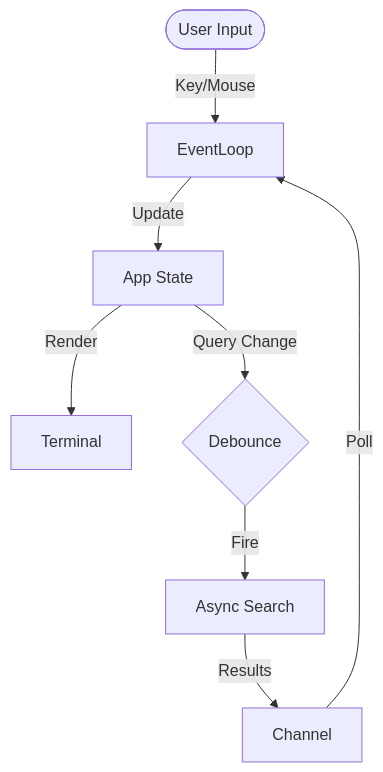
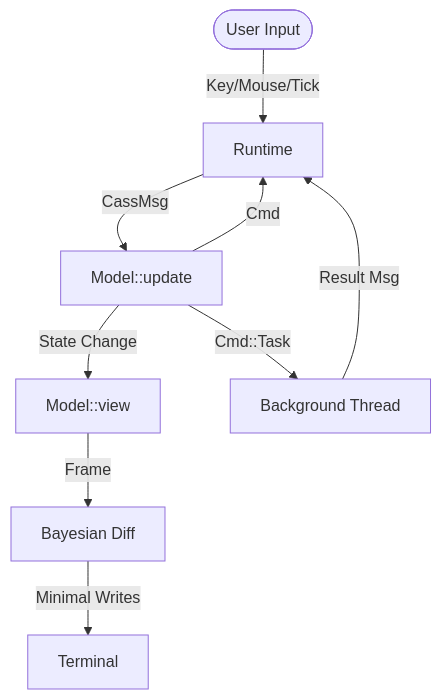
Before and after one commit to joyshmitz/coding_agent_session_search: the third of 3 diagrams in README.md, drawn with Mermaid. The commit also changed other lines of this file and 2 other files, not shown here.

````diff
--- a/README.md
+++ b/README.md
@@ -1826,11 +1833,12 @@
 ```mermaid
 graph TD
- Input([User Input]) -->|Key/Mouse| EventLoop
- EventLoop -->|Update| State[App State]
- State -->|Render| Terminal
- 
- State -->|Query Change| Debounce{Debounce}
- Debounce -->|Fire| SearchTask[Async Search]
- SearchTask -->|Results| Channel
- Channel -->|Poll| EventLoop
+ Input([User Input]) -->|Key/Mouse/Tick| Runtime
+ Runtime -->|CassMsg| Update[Model::update]
+ Update -->|Cmd| Runtime
+ Update -->|State Change| View[Model::view]
+ View -->|Frame| DiffEngine[Bayesian Diff]
+ DiffEngine -->|Minimal Writes| Terminal
+
+ Update -->|Cmd::Task| Background[Background Thread]
+ Background -->|Result Msg| Runtime
 ```
````
